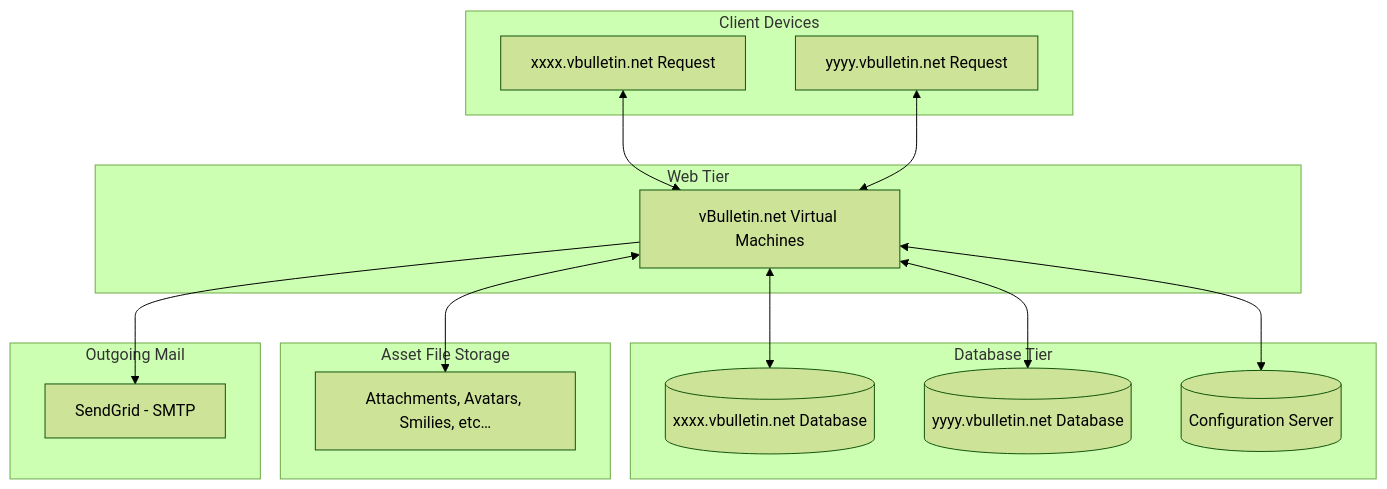
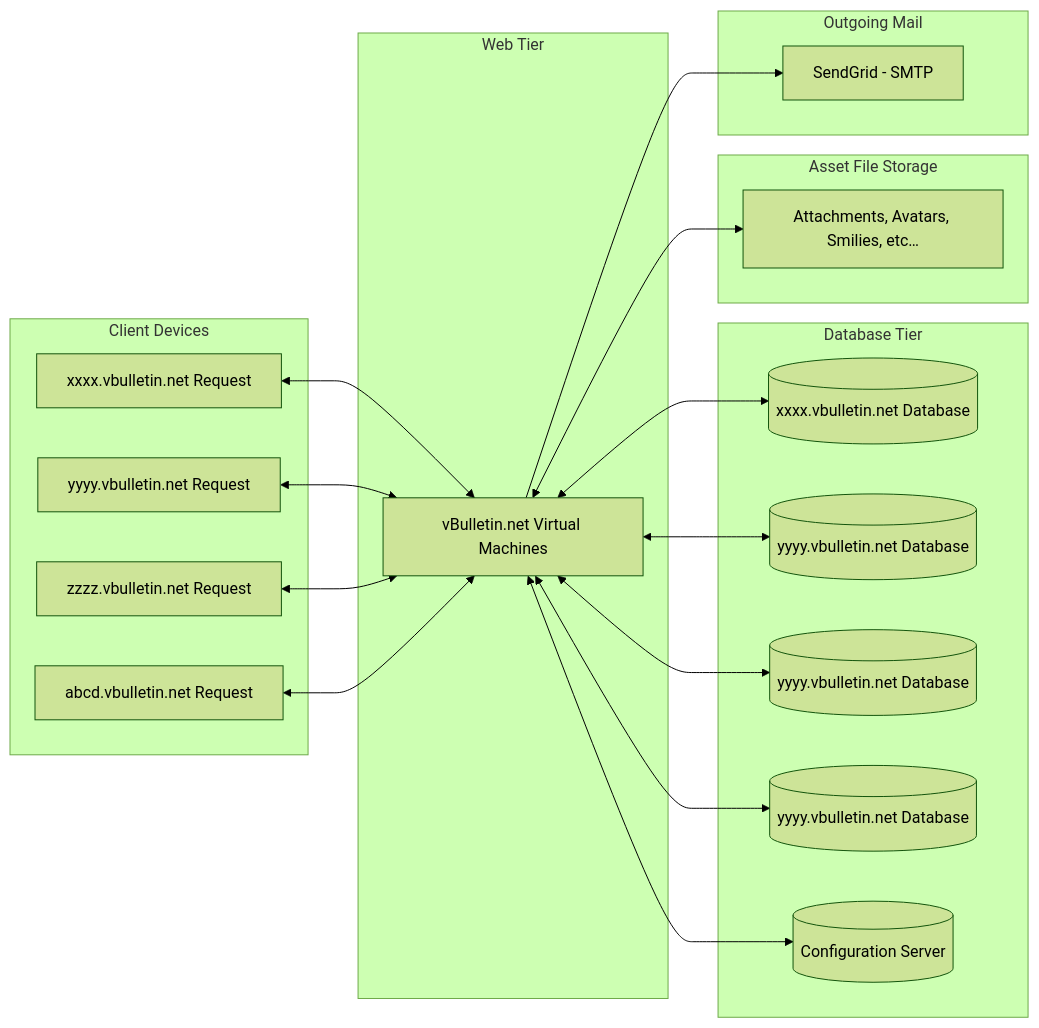
One commit to wayneluke/vBulletin_Support changed the first of 2 diagrams in Tech_Support/Cloud Support/vBulletin Cloud Infrastructure.md. Above: the diagram before and after it, drawn with Mermaid (forest theme).

Commit message:
task: update infrastructure chart

````diff
--- a/Tech_Support/Cloud Support/vBulletin Cloud Infrastructure.md
+++ b/Tech_Support/Cloud Support/vBulletin Cloud Infrastructure.md
@@ -15,30 +15,36 @@
 ```mermaid
 ---
 config:
   layout: dagre
 ---
-flowchart TD
+flowchart LR
  subgraph subGraph0["Client Devices"]
         A1["xxxx.vbulletin.net Request"]
         A2["yyyy.vbulletin.net Request"]
+        A3["zzzz.vbulletin.net Request"]
+        AN["abcd.vbulletin.net Request"]
   end
  subgraph subGraph1["Web Tier"]
         WA["vBulletin.net Virtual Machines"]
 
   end
  subgraph subGraph2["Database Tier"]
         DB1[("xxxx.vbulletin.net Database")]
         DB2[("yyyy.vbulletin.net Database")]
+        DB3[("yyyy.vbulletin.net Database")]
+        DBN[("yyyy.vbulletin.net Database")]                
         CN[(Configuration Server)]
   end
  subgraph s1["Asset File Storage"]
         FS["Attachments, Avatars, Smilies, etc…"]
   end
  subgraph s3["Outgoing Mail"]
         SG["SendGrid - SMTP"]
   end
     A1 <--> WA
     A2 <--> WA
+    A3 <--> WA
+    AN <--> WA        
     WA --> SG
-    WA <--> CN & DB1 & DB2 & FS
+    WA <--> CN & DB1 & DB2 & DB3 & DBN & FS
 ```
````
